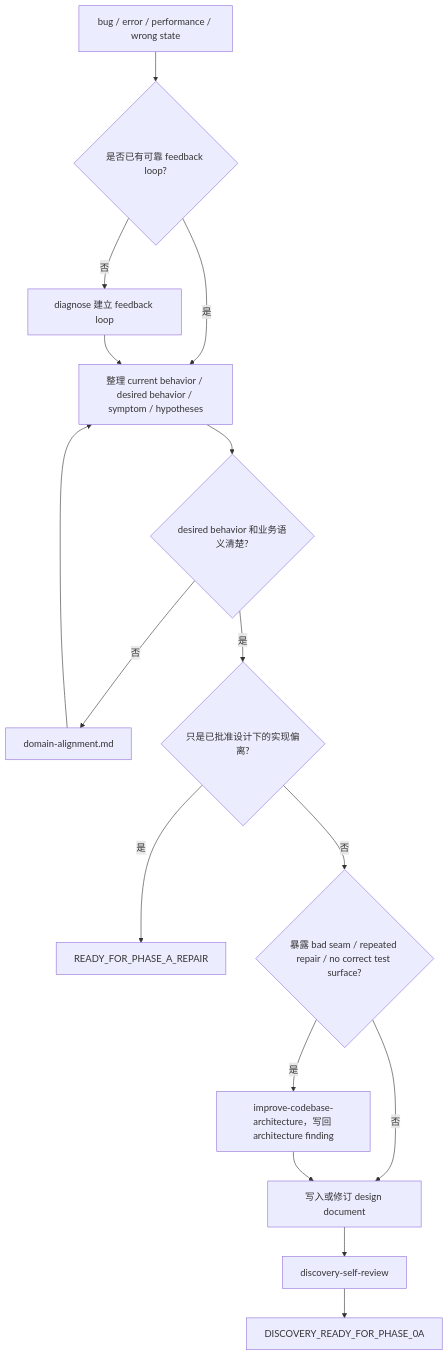
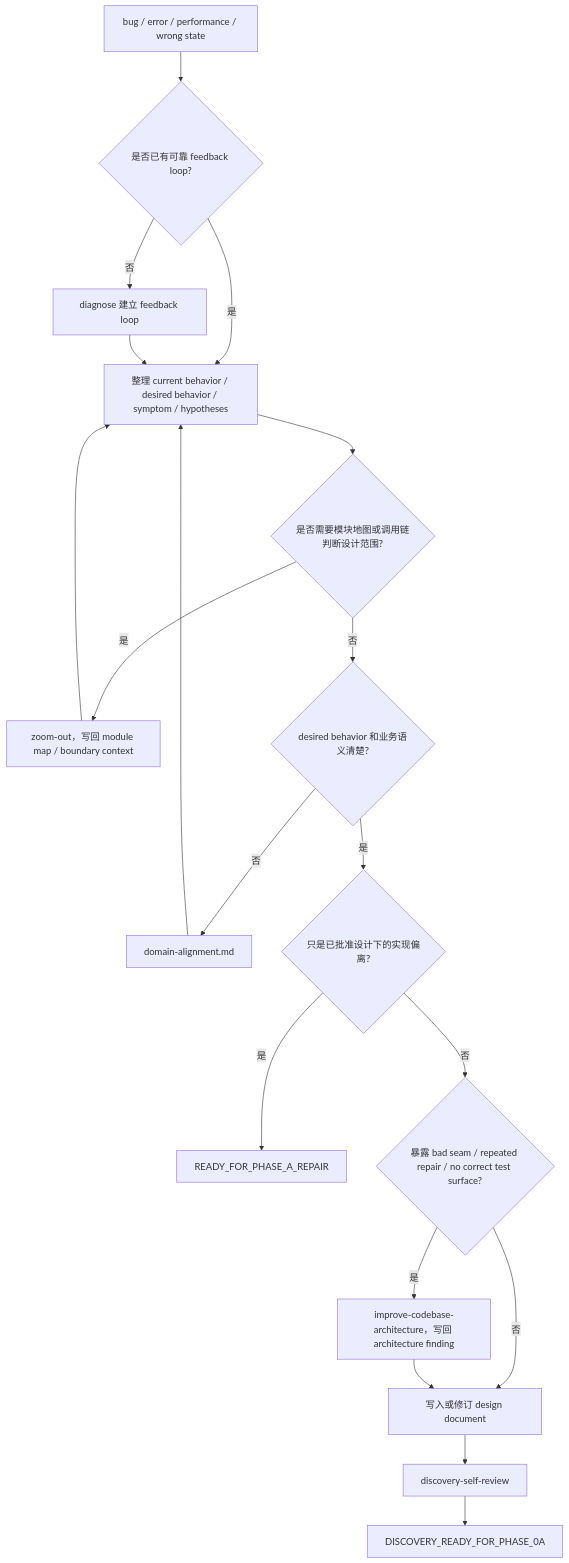
The first of 2 diagrams in .agents/skills/orchestrate-discovery/references/bug-input.md (chancheuklap/multi-model-workflow), drawn with Mermaid before and after one commit. The commit also changed other lines of this file and 4 other files, not shown here.

Commit message:
Align orchestrate flowcharts with routing text

````diff
--- a/.agents/skills/orchestrate-discovery/references/bug-input.md
+++ b/.agents/skills/orchestrate-discovery/references/bug-input.md
@@ -30,18 +30,21 @@
 ```mermaid
 flowchart TD
     A["bug / error / performance / wrong state"] --> B{"是否已有可靠 feedback loop?"}
     B -->|否| C["diagnose 建立 feedback loop"]
     B -->|是| D["整理 current behavior / desired behavior / symptom / hypotheses"]
     C --> D
-    D --> E{"desired behavior 和业务语义清楚?"}
+    D --> N{"是否需要模块地图或调用链判断设计范围?"}
+    N -->|是| O["zoom-out，写回 module map / boundary context"]
+    O --> D
+    N -->|否| E{"desired behavior 和业务语义清楚?"}
     E -->|否| F["domain-alignment.md"]
     F --> D
     E -->|是| G{"只是已批准设计下的实现偏离?"}
     G -->|是| H["READY_FOR_PHASE_A_REPAIR"]
     G -->|否| I{"暴露 bad seam / repeated repair / no correct test surface?"}
     I -->|是| J["improve-codebase-architecture，写回 architecture finding"]
     I -->|否| K["写入或修订 design document"]
     J --> K
     K --> L["discovery-self-review"]
     L --> M["DISCOVERY_READY_FOR_PHASE_0A"]
 ```
````
